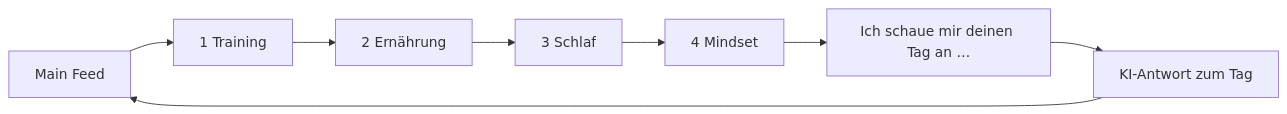
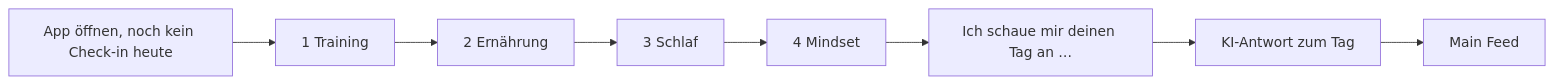
One commit to phillipzxk/App changed the diagram in Umsetzung/Täglicher Check-in.md. Above: the diagram before and after it, drawn with Mermaid. The commit also changed other lines of this file and 8 other files, not shown here.

First line of the commit message:
Check-in kommt jeden Tag automatisch, danach der Main Feed

````diff
--- a/Umsetzung/Täglicher Check-in.md
+++ b/Umsetzung/Täglicher Check-in.md
@@ -34,5 +35,5 @@
 ```mermaid
 flowchart LR
-    M[Main Feed] --> T[1 Training] --> E[2 Ernährung] --> S[3 Schlaf] --> Mi[4 Mindset]
-    Mi --> L[Ich schaue mir deinen Tag an …] --> A[KI-Antwort zum Tag] --> M
+    O[App öffnen, noch kein Check-in heute] --> T[1 Training] --> E[2 Ernährung] --> S[3 Schlaf] --> Mi[4 Mindset]
+    Mi --> L[Ich schaue mir deinen Tag an …] --> A[KI-Antwort zum Tag] --> M[Main Feed]
 ```
````
